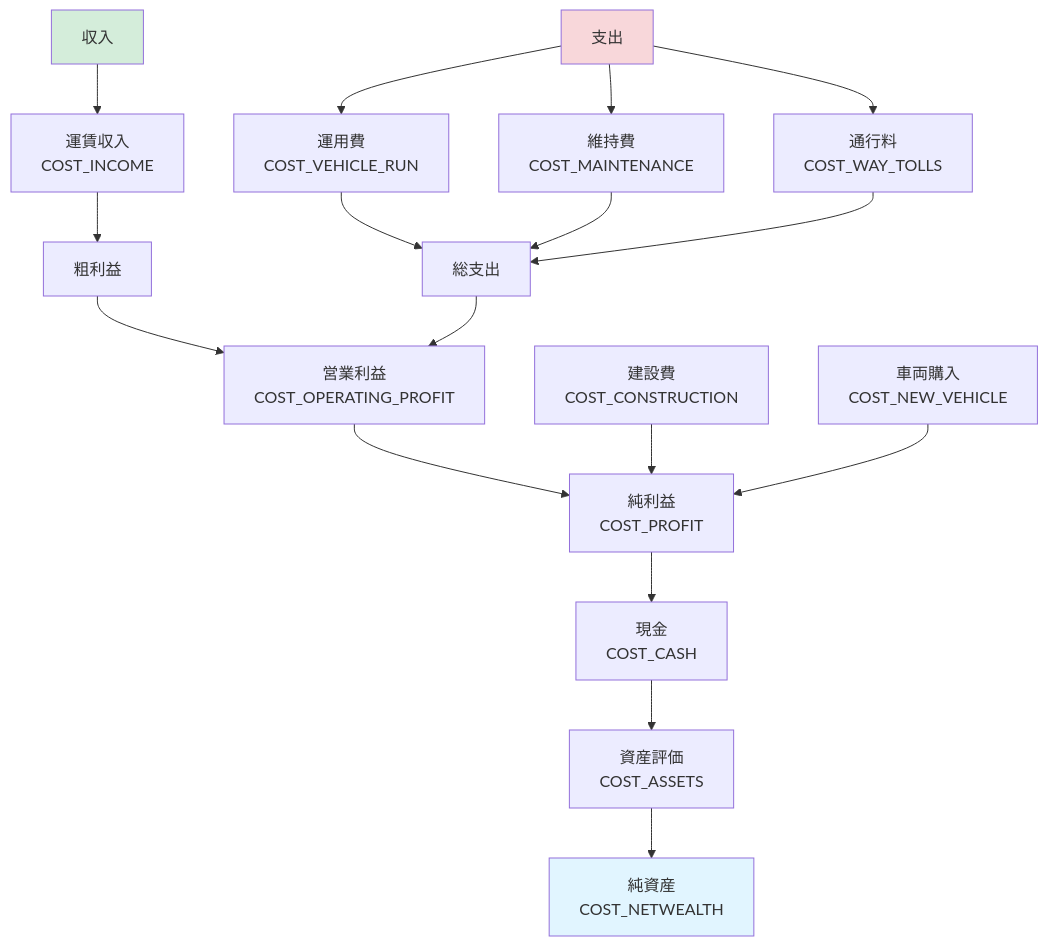
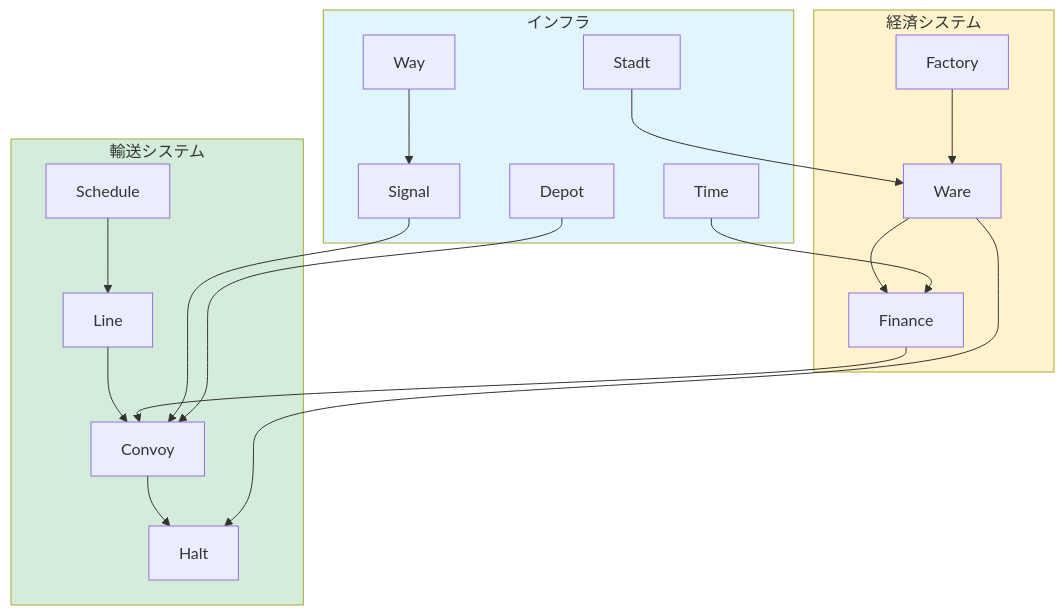
Before and after one commit to 128na/simutrans: the fourth of 4 diagrams in docs_ja/architecture/FEATURES.md, drawn with Mermaid. The commit also changed other lines of this file and 4 other files, not shown here.

````diff
--- a/docs_ja/architecture/FEATURES.md
+++ b/docs_ja/architecture/FEATURES.md
@@ -763,29 +110,42 @@
 ```mermaid
-flowchart TD
-    Income[収入] --> Revenue[運賃収入<br/>COST_INCOME]
-    Revenue --> Gross[粗利益]
+graph TD
+    subgraph Transport[輸送システム]
+        T1[Halt]
+        T2[Line]
+        T3[Convoy]
+        T4[Schedule]
+    end
 
-    Expenses[支出] --> Running[運用費<br/>COST_VEHICLE_RUN]
-    Expenses --> Maint[維持費<br/>COST_MAINTENANCE]
-    Expenses --> Toll[通行料<br/>COST_WAY_TOLLS]
+    subgraph Economy[経済システム]
+        E1[Factory]
+        E2[Ware]
+        E3[Finance]
+    end
 
-    Running --> TotalExp[総支出]
-    Maint --> TotalExp
-    Toll --> TotalExp
+    subgraph Infrastructure[インフラ]
+        I1[Stadt]
+        I2[Way]
+        I3[Signal]
+        I4[Depot]
+        I5[Time]
+    end
 
-    Gross --> OpProfit[営業利益<br/>COST_OPERATING_PROFIT]
-    TotalExp --> OpProfit
+    T4 --> T2
+    T2 --> T3
+    T3 --> T1
 
-    OpProfit --> NetProfit[純利益<br/>COST_PROFIT]
+    E1 --> E2
+    E2 --> T1
+    E2 --> E3
+    E3 --> T3
 
-    Construction[建設費<br/>COST_CONSTRUCTION] --> NetProfit
-    Purchase[車両購入<br/>COST_NEW_VEHICLE] --> NetProfit
+    I1 --> E2
+    I2 --> I3
+    I3 --> T3
+    I4 --> T3
+    I5 --> E3
 
-    NetProfit --> Cash[現金<br/>COST_CASH]
-    Cash --> Assets[資産評価<br/>COST_ASSETS]
-    Assets --> NetWealth[純資産<br/>COST_NETWEALTH]
-
-    style Income fill:#d4edda
-    style Expenses fill:#f8d7da
-    style NetWealth fill:#e1f5ff
+    style Transport fill:#d4edda
+    style Economy fill:#fff3cd
+    style Infrastructure fill:#e1f5ff
 ```
````
